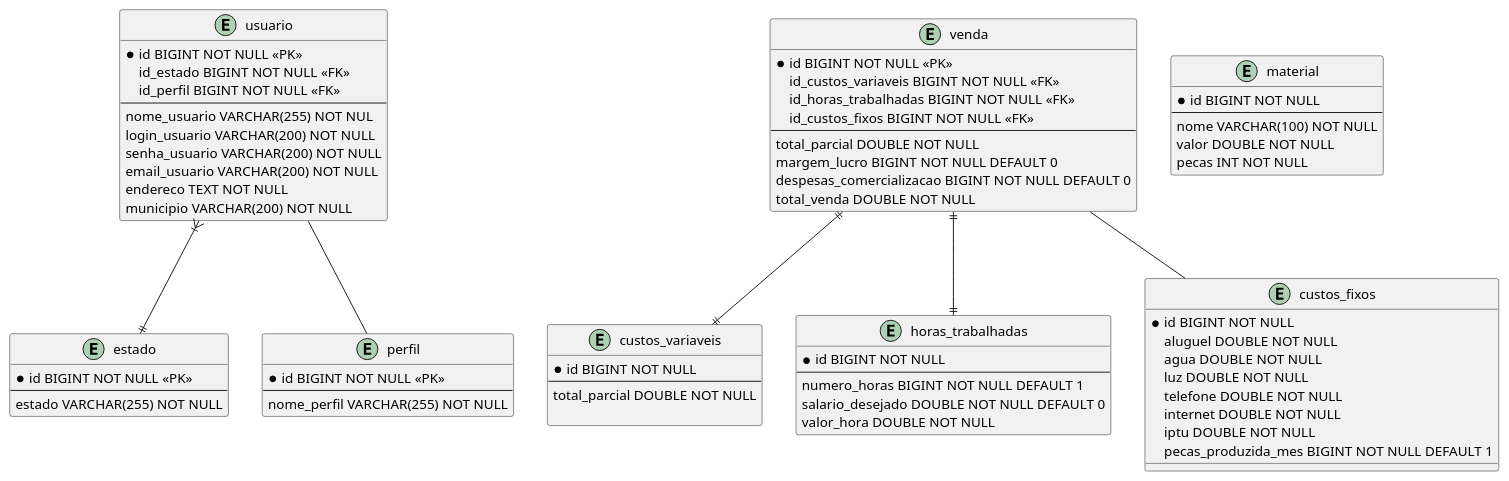
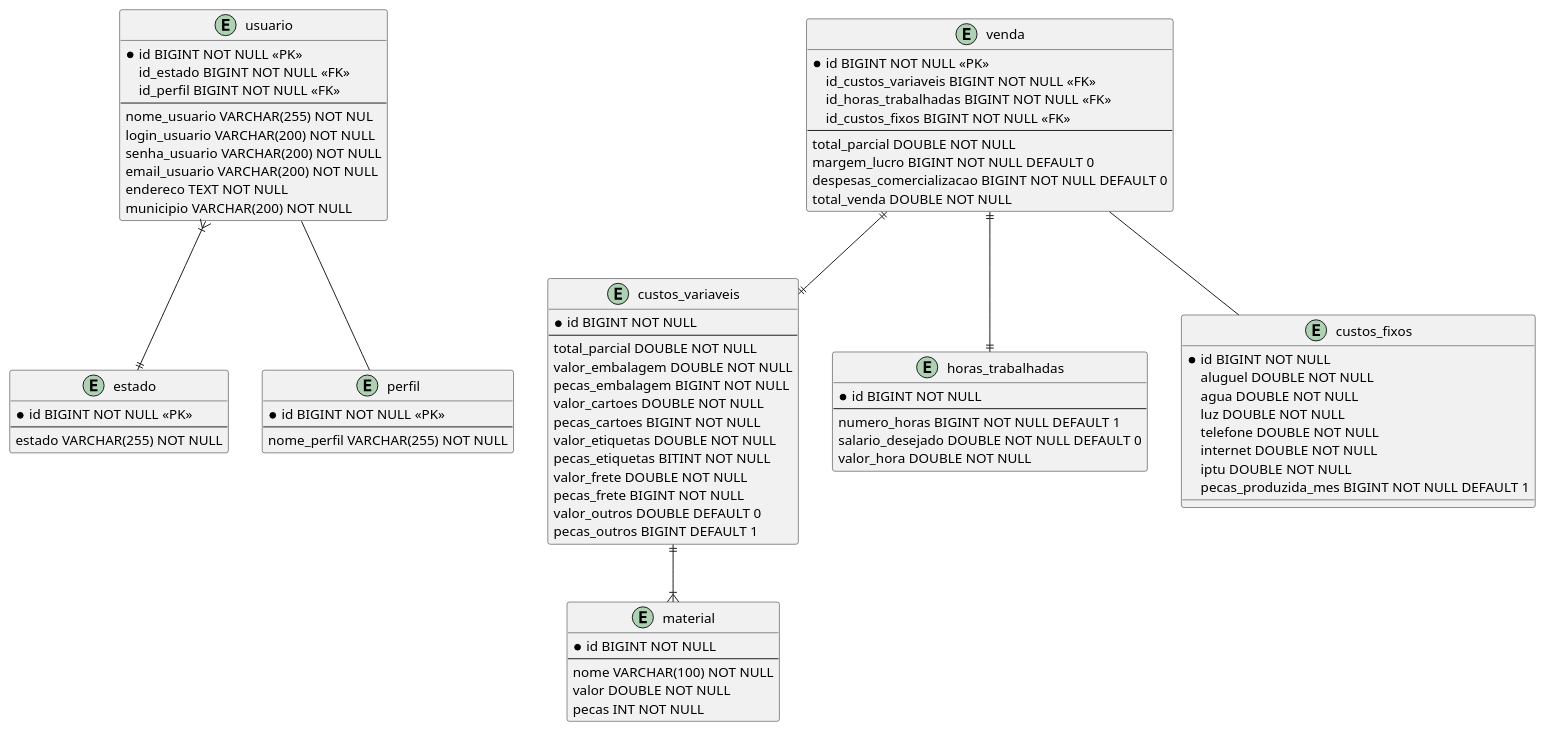
Before and after one commit to galaticghost/precificacao-pecas: the diagram in modelagem/banco.wsd, drawn with PlantUML.

Commit message:
Custos variaveis e mudança pra numeric

```diff
--- a/modelagem/banco.wsd
+++ b/modelagem/banco.wsd
@@ -1,81 +1,90 @@
 @startuml Banco
 
 entity usuario {
     *id BIGINT NOT NULL <<PK>>
     id_estado BIGINT NOT NULL <<FK>>
     id_perfil BIGINT NOT NULL <<FK>>
     --
     nome_usuario VARCHAR(255) NOT NUL
     login_usuario VARCHAR(200) NOT NULL
     senha_usuario VARCHAR(200) NOT NULL
     email_usuario VARCHAR(200) NOT NULL
     endereco TEXT NOT NULL
     municipio VARCHAR(200) NOT NULL
 }
 
 entity estado {
     *id BIGINT NOT NULL <<PK>>
     --
     estado VARCHAR(255) NOT NULL
 }
 
 entity perfil {
     *id BIGINT NOT NULL <<PK>>
     --
     nome_perfil VARCHAR(255) NOT NULL
 }
 
 entity custos_variaveis {
     *id BIGINT NOT NULL
     --
     total_parcial DOUBLE NOT NULL
-    
+    valor_embalagem DOUBLE NOT NULL
+    pecas_embalagem BIGINT NOT NULL
+    valor_cartoes DOUBLE NOT NULL
+    pecas_cartoes BIGINT NOT NULL
+    valor_etiquetas DOUBLE NOT NULL
+    pecas_etiquetas BITINT NOT NULL
+    valor_frete DOUBLE NOT NULL
+    pecas_frete BIGINT NOT NULL
+    valor_outros DOUBLE DEFAULT 0
+    pecas_outros BIGINT DEFAULT 1
 }
 
 entity horas_trabalhadas {
     *id BIGINT NOT NULL
     --
     numero_horas BIGINT NOT NULL DEFAULT 1
     salario_desejado DOUBLE NOT NULL DEFAULT 0
     valor_hora DOUBLE NOT NULL 
 }
 
 entity custos_fixos {
     *id BIGINT NOT NULL
     aluguel DOUBLE NOT NULL
     agua DOUBLE NOT NULL
     luz DOUBLE NOT NULL
     telefone DOUBLE NOT NULL
     internet DOUBLE NOT NULL
     iptu DOUBLE NOT NULL
     pecas_produzida_mes BIGINT NOT NULL DEFAULT 1
 }
 
 entity material {
     *id BIGINT NOT NULL
     --
     nome VARCHAR(100) NOT NULL
     valor DOUBLE NOT NULL
     pecas INT NOT NULL
 }
 
 entity venda {
     *id BIGINT NOT NULL <<PK>>
     id_custos_variaveis BIGINT NOT NULL <<FK>>
     id_horas_trabalhadas BIGINT NOT NULL <<FK>>
     id_custos_fixos BIGINT NOT NULL <<FK>>
     --
     total_parcial DOUBLE NOT NULL
     margem_lucro BIGINT NOT NULL DEFAULT 0
     despesas_comercializacao BIGINT NOT NULL DEFAULT 0
     total_venda DOUBLE NOT NULL
 }
 
 usuario }|--|| estado
 usuario -- perfil
 venda ||--|| custos_variaveis
 venda ||--|| horas_trabalhadas
 venda -- custos_fixos
-
+custos_variaveis ||--|{ material
 
 @enduml
```
